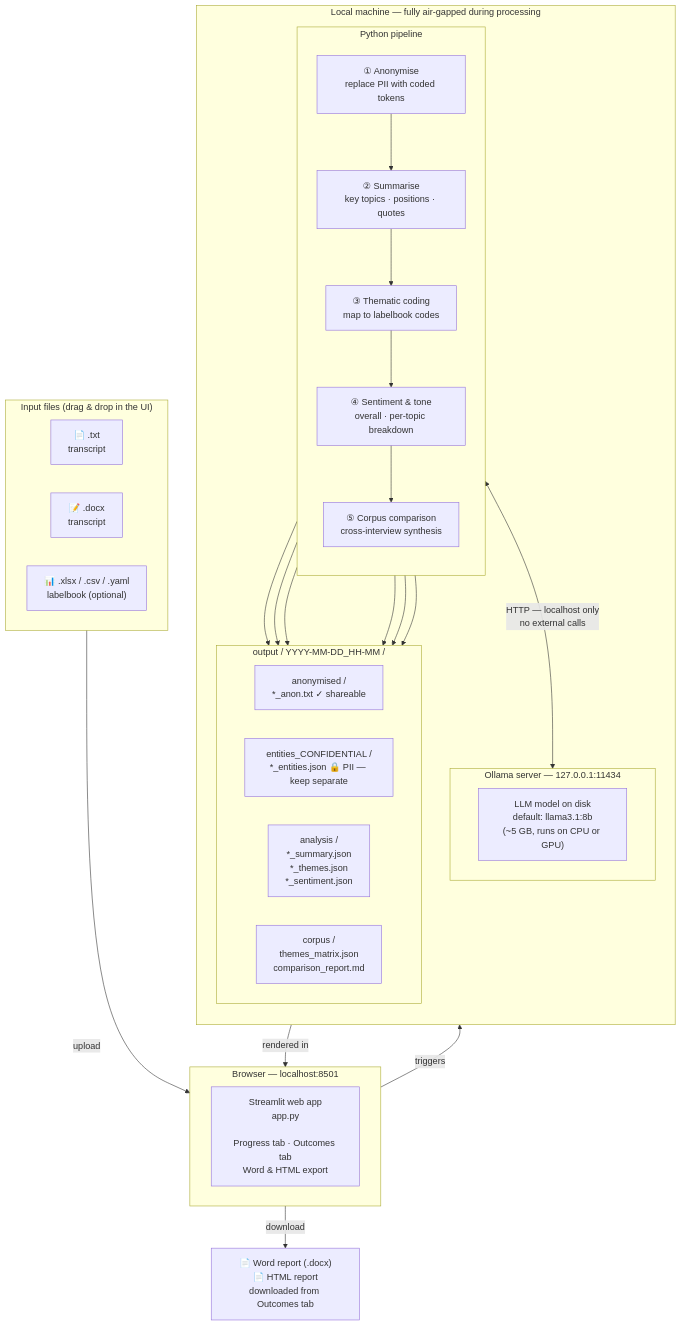
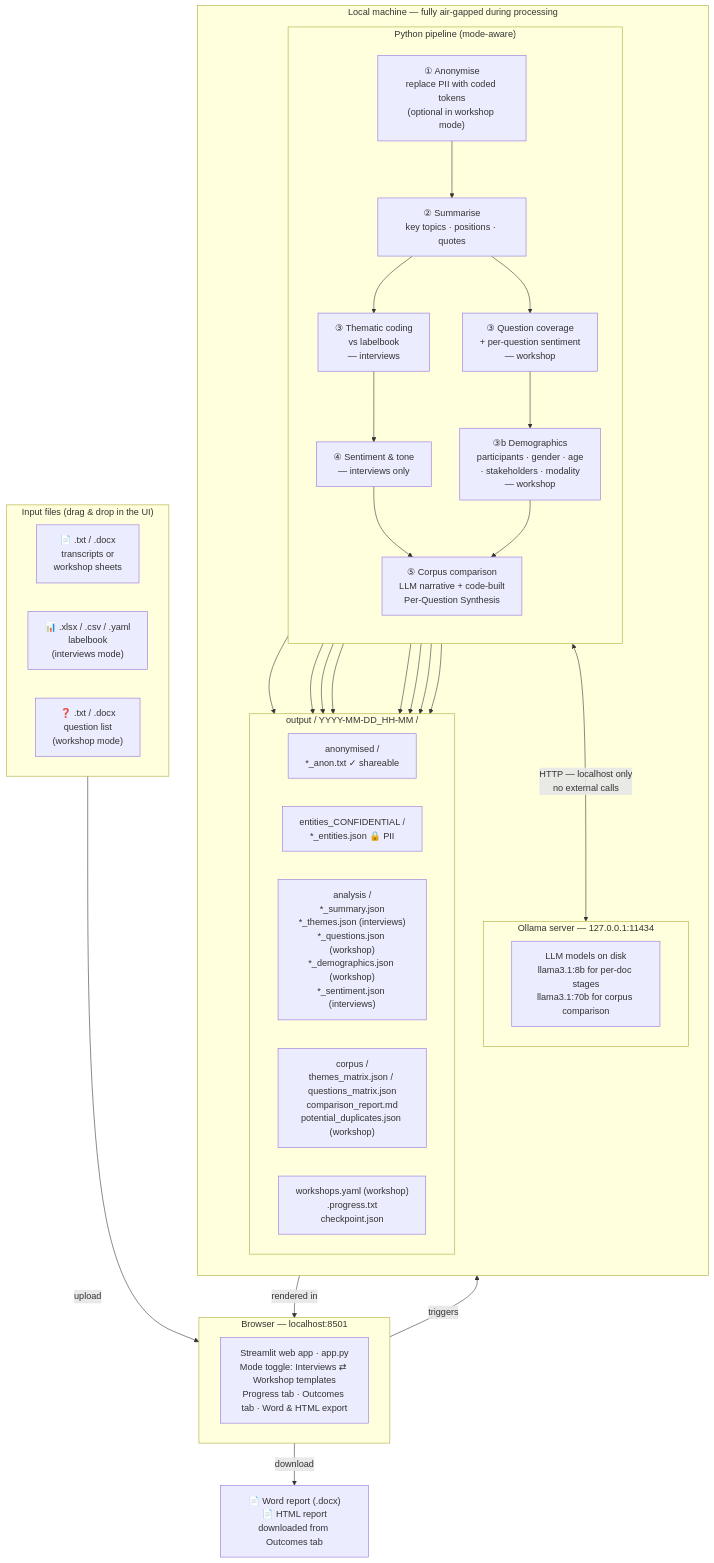
One commit to dcuartielles/riecs-interview-coding changed the diagram in README.md. Above: the diagram before and after it, drawn with Mermaid. The commit also changed other lines of this file and 18 other files, not shown here.

First line of the commit message:
Add workshop-templates mode + demographics + hardened corpus comparison

````diff
--- a/README.md
+++ b/README.md
@@ -10,50 +17,55 @@
 ```mermaid
 flowchart TD
     subgraph IN["Input files (drag & drop in the UI)"]
         direction LR
-        TXT["📄 .txt\ntranscript"]
-        DOCX["📝 .docx\ntranscript"]
-        LB["📊 .xlsx / .csv / .yaml\nlabelbook (optional)"]
+        TXT["📄 .txt / .docx<br/>transcripts or<br/>workshop sheets"]
+        LB["📊 .xlsx / .csv / .yaml<br/>labelbook<br/>(interviews mode)"]
+        QS["❓ .txt / .docx<br/>question list<br/>(workshop mode)"]
     end
 
     subgraph BROWSER["Browser — localhost:8501"]
-        UI["Streamlit web app\napp.py\n\nProgress tab · Outcomes tab\nWord & HTML export"]
+        UI["Streamlit web app · app.py<br/>Mode toggle: Interviews ⇄ Workshop templates<br/>Progress tab · Outcomes tab · Word & HTML export"]
     end
 
     subgraph MACHINE["Local machine — fully air-gapped during processing"]
         direction TB
 
-        subgraph PIPELINE["Python pipeline"]
+        subgraph PIPELINE["Python pipeline (mode-aware)"]
             direction TB
-            P1["① Anonymise\nreplace PII with coded tokens"]
-            P2["② Summarise\nkey topics · positions · quotes"]
-            P3["③ Thematic coding\nmap to labelbook codes"]
-            P4["④ Sentiment & tone\noverall · per-topic breakdown"]
-            P5["⑤ Corpus comparison\ncross-interview synthesis"]
-            P1 --> P2 --> P3 --> P4 --> P5
+            P1["① Anonymise<br/>replace PII with coded tokens<br/>(optional in workshop mode)"]
+            P2["② Summarise<br/>key topics · positions · quotes"]
+            P3a["③ Thematic coding<br/>vs labelbook<br/>— interviews"]
+            P3b["③ Question coverage<br/>+ per-question sentiment<br/>— workshop"]
+            P3c["③b Demographics<br/>participants · gender · age<br/>· stakeholders · modality<br/>— workshop"]
+            P4["④ Sentiment & tone<br/>— interviews only"]
+            P5["⑤ Corpus comparison<br/>LLM narrative + code-built<br/>Per-Question Synthesis"]
+            P1 --> P2
+            P2 --> P3a --> P4 --> P5
+            P2 --> P3b --> P3c --> P5
         end
 
         subgraph OLLAMA["Ollama server — 127.0.0.1:11434"]
-            MODEL["LLM model on disk\ndefault: llama3.1:8b\n(~5 GB, runs on CPU or GPU)"]
+            MODEL["LLM models on disk<br/>llama3.1:8b for per-doc stages<br/>llama3.1:70b for corpus comparison"]
         end
 
         subgraph OUT["output / YYYY-MM-DD_HH-MM /"]
             direction LR
-            ANON["anonymised /\n*_anon.txt ✓ shareable"]
-            ENT["entities_CONFIDENTIAL /\n*_entities.json 🔒 PII — keep separate"]
-            ANA["analysis /\n*_summary.json\n*_themes.json\n*_sentiment.json"]
-            COR["corpus /\nthemes_matrix.json\ncomparison_report.md"]
+            ANON["anonymised /<br/>*_anon.txt ✓ shareable"]
+            ENT["entities_CONFIDENTIAL /<br/>*_entities.json 🔒 PII"]
+            ANA["analysis /<br/>*_summary.json<br/>*_themes.json (interviews)<br/>*_questions.json (workshop)<br/>*_demographics.json (workshop)<br/>*_sentiment.json (interviews)"]
+            COR["corpus /<br/>themes_matrix.json / questions_matrix.json<br/>comparison_report.md<br/>potential_duplicates.json (workshop)"]
+            META["workshops.yaml (workshop)<br/>.progress.txt<br/>checkpoint.json"]
         end
     end
 
-    REPORT["📄 Word report (.docx)\n📄 HTML report\ndownloaded from Outcomes tab"]
+    REPORT["📄 Word report (.docx)<br/>📄 HTML report<br/>downloaded from Outcomes tab"]
 
     IN -->|upload| BROWSER
     BROWSER -->|triggers| PIPELINE
-    PIPELINE <-->|"HTTP — localhost only\nno external calls"| OLLAMA
+    PIPELINE <-->|"HTTP — localhost only<br/>no external calls"| OLLAMA
     P1 --> ANON & ENT
-    P2 & P3 & P4 --> ANA
+    P2 & P3a & P3b & P3c & P4 --> ANA
     P5 --> COR
     OUT -->|rendered in| BROWSER
     BROWSER -->|download| REPORT
 ```
````
